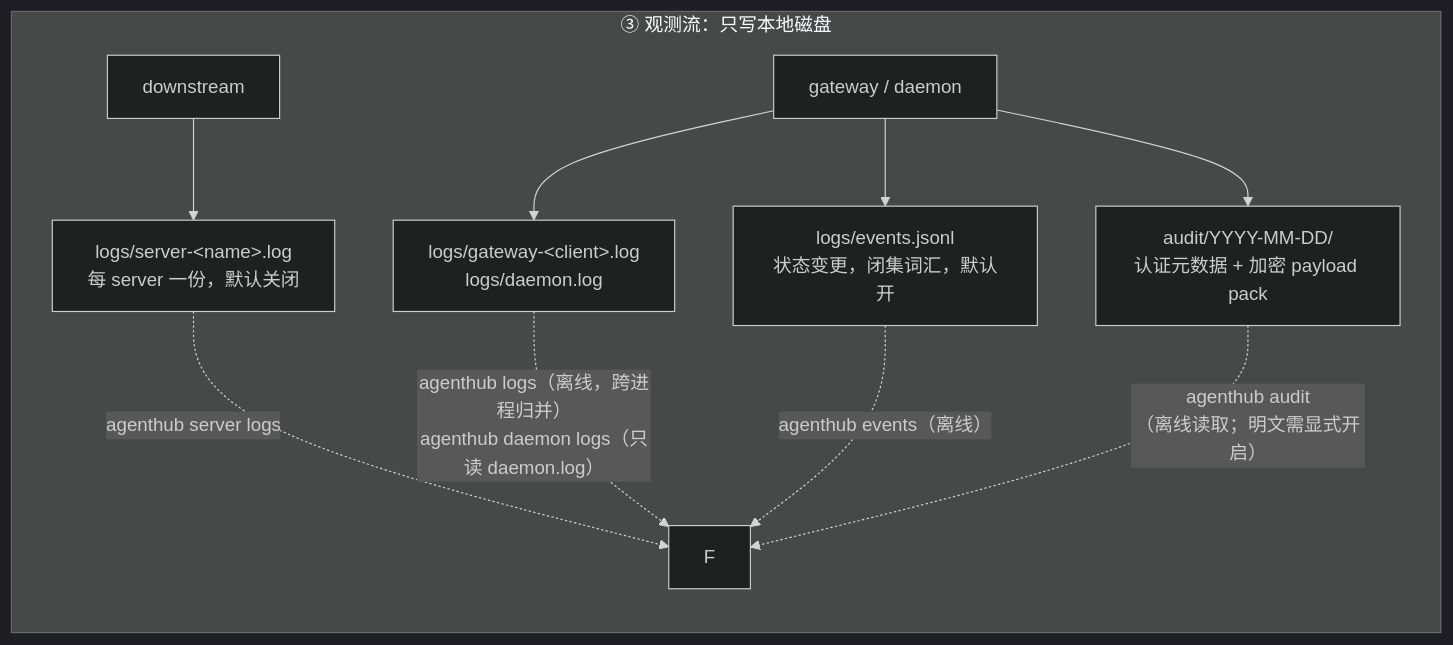
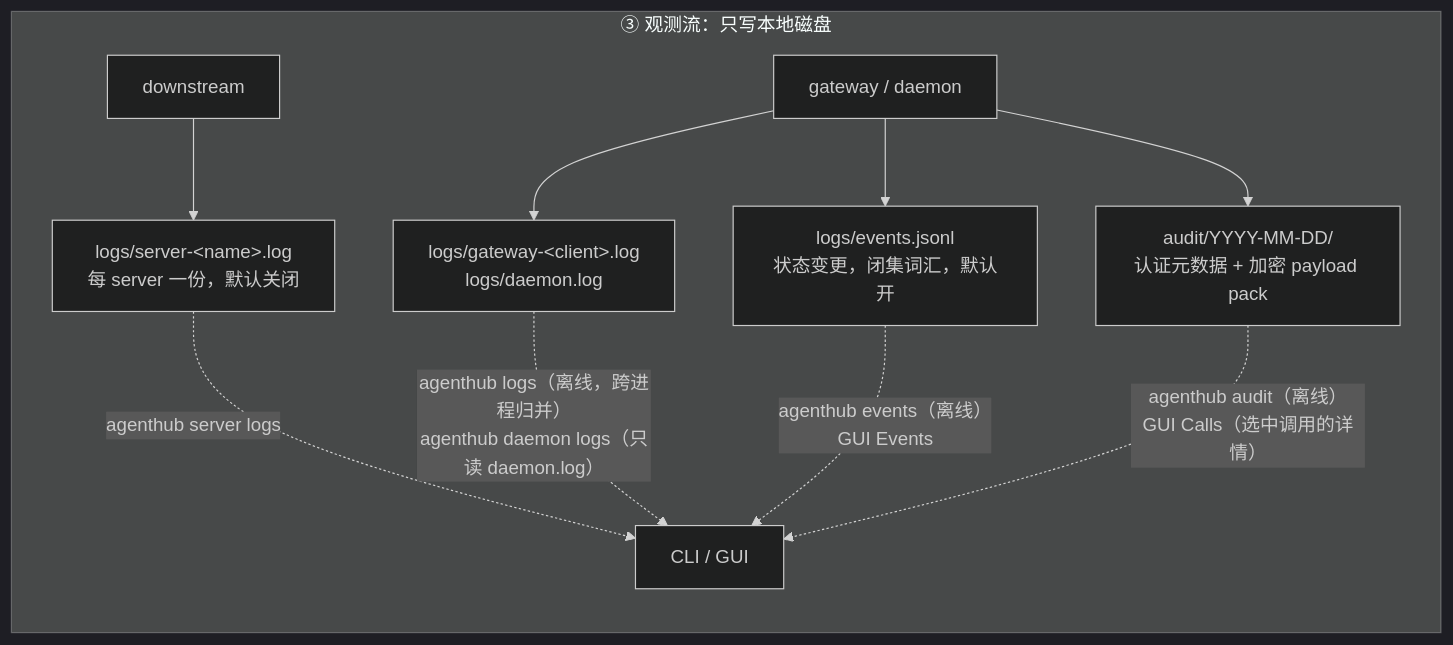
One commit to dinstein/agent-hub changed the sixth of 8 diagrams in docs/zh-CN/architecture.md. Above: the diagram before and after it, drawn with Mermaid (dark theme). The commit also changed other lines of this file and 3 other files, not shown here.

First line of the commit message:
docs: tighten architecture and the guide, and resync both translations

````diff
--- a/docs/zh-CN/architecture.md
+++ b/docs/zh-CN/architecture.md
@@ -270,13 +256,13 @@
 ```mermaid
 flowchart LR
     subgraph obs["③ 观测流：只写本地磁盘"]
         DSX["downstream"] --> A4["logs/server-&lt;name&gt;.log<br/>每 server 一份，默认关闭"]
         GW["gateway / daemon"] --> A5["logs/gateway-&lt;client&gt;.log<br/>logs/daemon.log"]
         GW --> A7["logs/events.jsonl<br/>状态变更，闭集词汇，默认开"]
         GW --> A6["audit/YYYY-MM-DD/<br/>认证元数据 + 加密 payload pack"]
-        A4 -.->|"agenthub server logs"| F
+        A4 -.->|"agenthub server logs"| F["CLI / GUI"]
         A5 -.->|"agenthub logs（离线，跨进程归并）<br/>agenthub daemon logs（只读 daemon.log）"| F
-        A7 -.->|"agenthub events（离线）"| F
-        A6 -.->|"agenthub audit<br/>（离线读取；明文需显式开启）"| F
+        A7 -.->|"agenthub events（离线）<br/>GUI Events"| F
+        A6 -.->|"agenthub audit（离线）<br/>GUI Calls（选中调用的详情）"| F
     end
 ```
````
